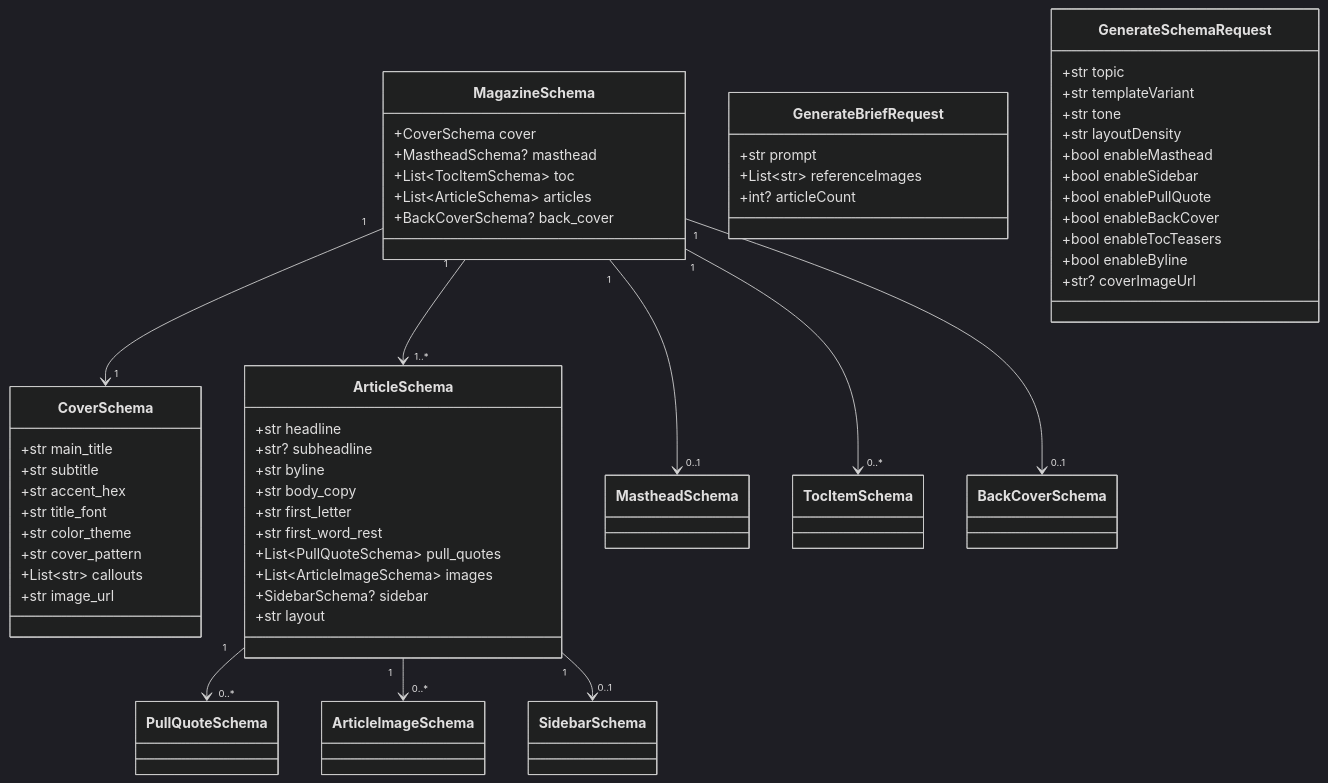
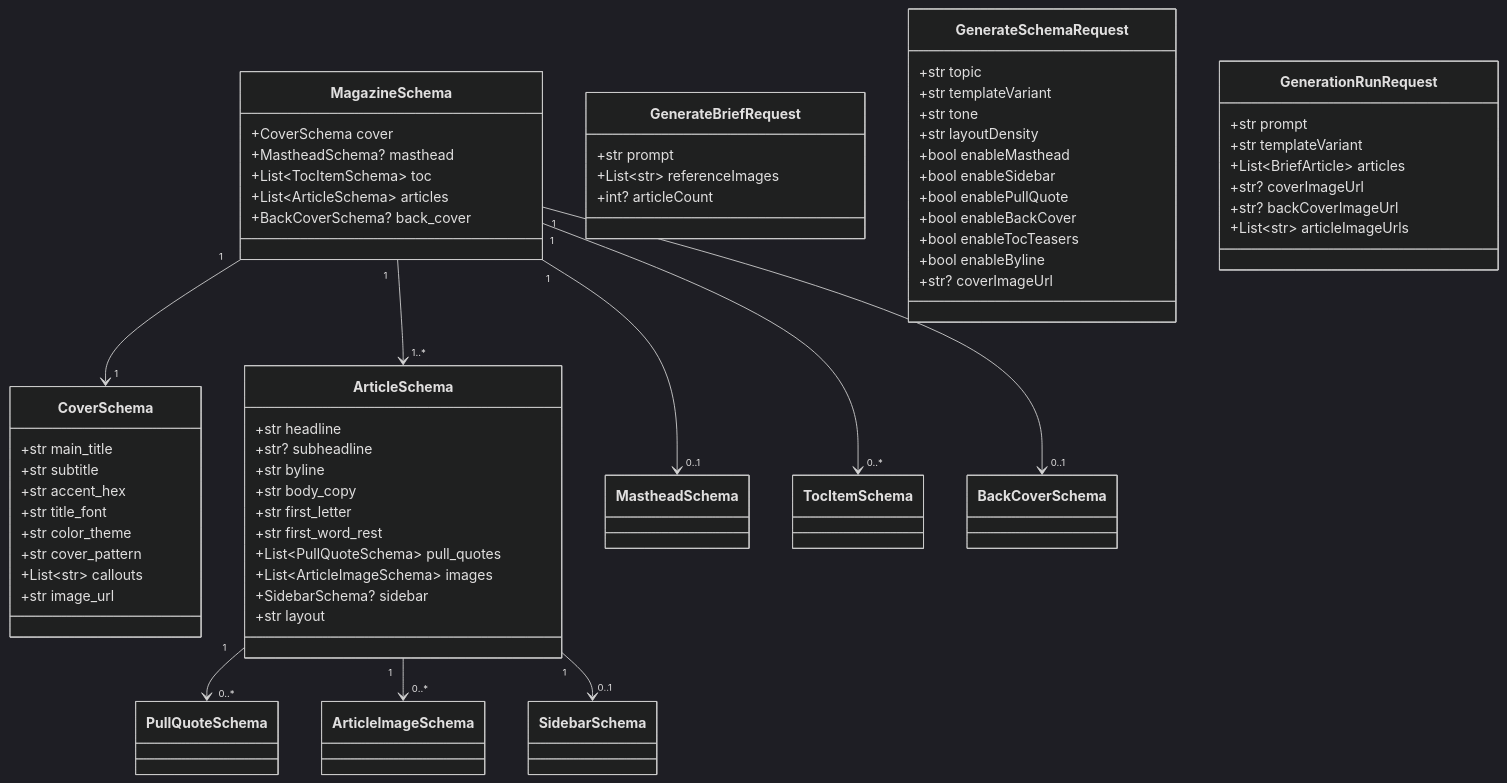
One commit to AdnanFoisal/MagazineForge changed the eighth of 8 diagrams in README.md. Above: the diagram before and after it, drawn with Mermaid (dark theme). The commit also changed other lines of this file, not shown here.

Commit message:
docs: Update README to reflect recent architecture changes

````diff
--- a/README.md
+++ b/README.md
@@ -350,59 +350,67 @@
 ```mermaid
 classDiagram
     class MagazineSchema {
         +CoverSchema cover
         +MastheadSchema? masthead
         +List~TocItemSchema~ toc
         +List~ArticleSchema~ articles
         +BackCoverSchema? back_cover
     }
     class CoverSchema {
         +str main_title
         +str subtitle
         +str accent_hex
         +str title_font
         +str color_theme
         +str cover_pattern
         +List~str~ callouts
         +str image_url
     }
     class ArticleSchema {
         +str headline
         +str? subheadline
         +str byline
         +str body_copy
         +str first_letter
         +str first_word_rest
         +List~PullQuoteSchema~ pull_quotes
         +List~ArticleImageSchema~ images
         +SidebarSchema? sidebar
         +str layout
     }
     class GenerateBriefRequest {
         +str prompt
         +List~str~ referenceImages
         +int? articleCount
     }
     class GenerateSchemaRequest {
         +str topic
         +str templateVariant
         +str tone
         +str layoutDensity
         +bool enableMasthead
         +bool enableSidebar
         +bool enablePullQuote
         +bool enableBackCover
         +bool enableTocTeasers
         +bool enableByline
         +str? coverImageUrl
     }
+    class GenerationRunRequest {
+        +str prompt
+        +str templateVariant
+        +List~BriefArticle~ articles
+        +str? coverImageUrl
+        +str? backCoverImageUrl
+        +List~str~ articleImageUrls
+    }
 
     MagazineSchema "1" --> "1" CoverSchema
     MagazineSchema "1" --> "0..1" MastheadSchema
     MagazineSchema "1" --> "0..*" TocItemSchema
     MagazineSchema "1" --> "1..*" ArticleSchema
     MagazineSchema "1" --> "0..1" BackCoverSchema
     ArticleSchema "1" --> "0..*" PullQuoteSchema
     ArticleSchema "1" --> "0..*" ArticleImageSchema
     ArticleSchema "1" --> "0..1" SidebarSchema
 ```
````
